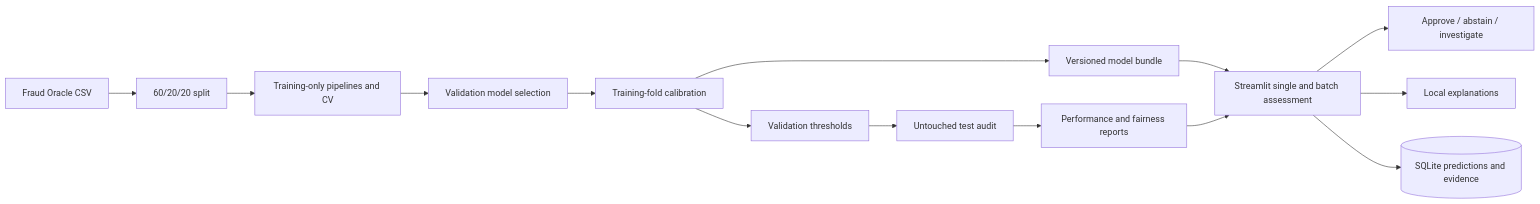
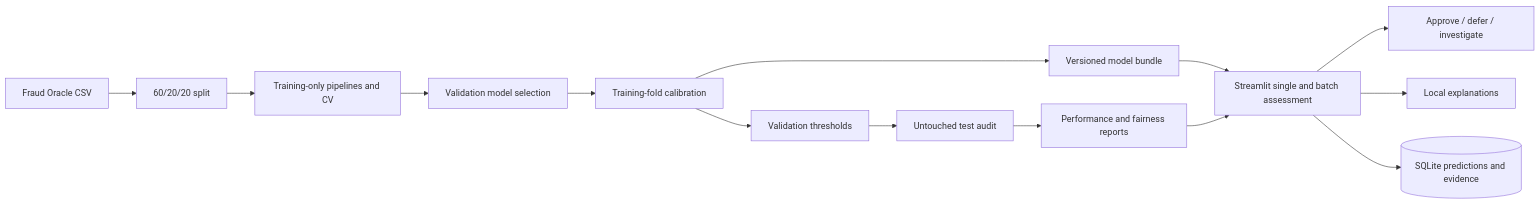
One commit to tollyboy88/FairClaim-MM-Leakage-Safe-Fairness-Audited-Insurance-Fraud-Triage changed the diagram in docs/architecture.md. Above: the diagram before and after it, drawn with Mermaid. The commit also changed 35 other files, not shown here.

````diff
--- a/docs/architecture.md
+++ b/docs/architecture.md
@@ -3,16 +3,16 @@
 ```mermaid
 flowchart LR
     A[Fraud Oracle CSV] --> B[60/20/20 split]
     B --> C[Training-only pipelines and CV]
     C --> D[Validation model selection]
     D --> E[Training-fold calibration]
     E --> F[Validation thresholds]
     F --> G[Untouched test audit]
     E --> H[Versioned model bundle]
     H --> I[Streamlit single and batch assessment]
-    I --> J[Approve / abstain / investigate]
+    I --> J[Approve / defer / investigate]
     I --> K[Local explanations]
     I --> L[(SQLite predictions and evidence)]
     G --> M[Performance and fairness reports]
     M --> I
 ```
````
